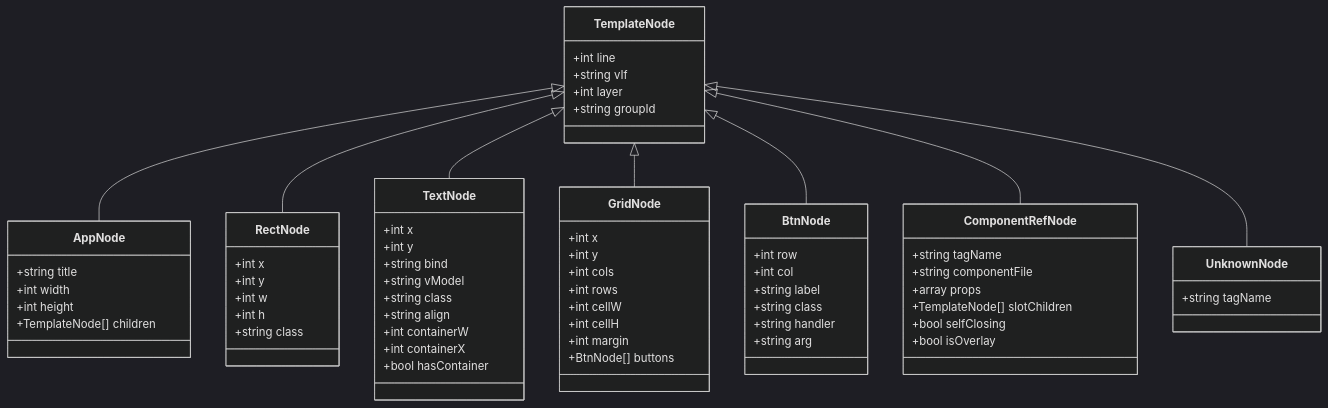
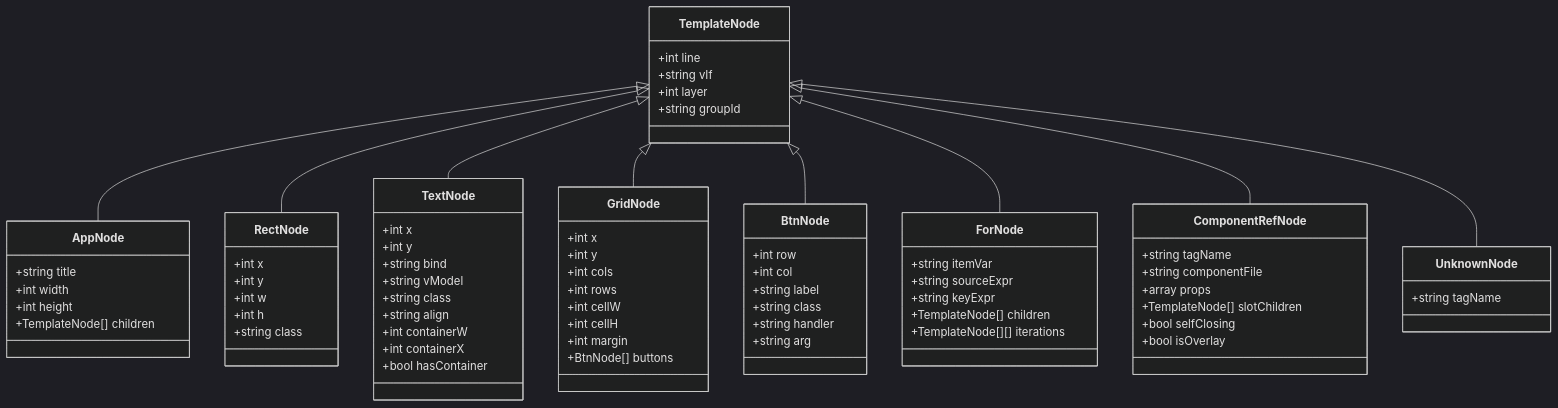
Before and after one commit to xingye00186/PUI: the fourth of 8 diagrams in .qoder/repowiki/zh/content/SFC编译器技术/模板解析器.md, drawn with Mermaid (dark theme). The commit also changed other lines of this file and 10 other files, not shown here.

````diff
--- a/.qoder/repowiki/zh/content/SFC编译器技术/模板解析器.md
+++ b/.qoder/repowiki/zh/content/SFC编译器技术/模板解析器.md
@@ -202,69 +225,77 @@
 ```mermaid
 classDiagram
 class TemplateNode {
 +int line
 +string vIf
 +int layer
 +string groupId
 }
 class AppNode {
 +string title
 +int width
 +int height
 +TemplateNode[] children
 }
 class RectNode {
 +int x
 +int y
 +int w
 +int h
 +string class
 }
 class TextNode {
 +int x
 +int y
 +string bind
 +string vModel
 +string class
 +string align
 +int containerW
 +int containerX
 +bool hasContainer
 }
 class GridNode {
 +int x
 +int y
 +int cols
 +int rows
 +int cellW
 +int cellH
 +int margin
 +BtnNode[] buttons
 }
 class BtnNode {
 +int row
 +int col
 +string label
 +string class
 +string handler
 +string arg
 }
+class ForNode {
++string itemVar
++string sourceExpr
++string keyExpr
++TemplateNode[] children
++TemplateNode[][] iterations
+}
 class ComponentRefNode {
 +string tagName
 +string componentFile
 +array props
 +TemplateNode[] slotChildren
 +bool selfClosing
 +bool isOverlay
 }
 class UnknownNode {
 +string tagName
 }
 TemplateNode <|-- AppNode
 TemplateNode <|-- RectNode
 TemplateNode <|-- TextNode
 TemplateNode <|-- GridNode
 TemplateNode <|-- BtnNode
+TemplateNode <|-- ForNode
 TemplateNode <|-- ComponentRefNode
 TemplateNode <|-- UnknownNode
 ```
````
